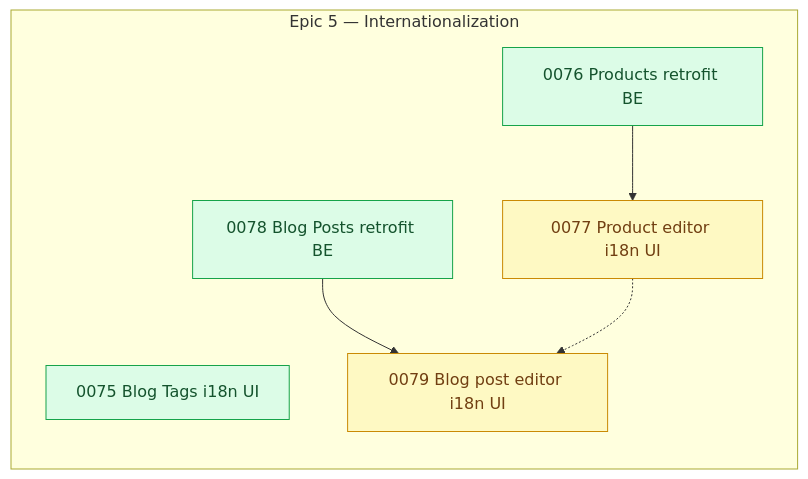
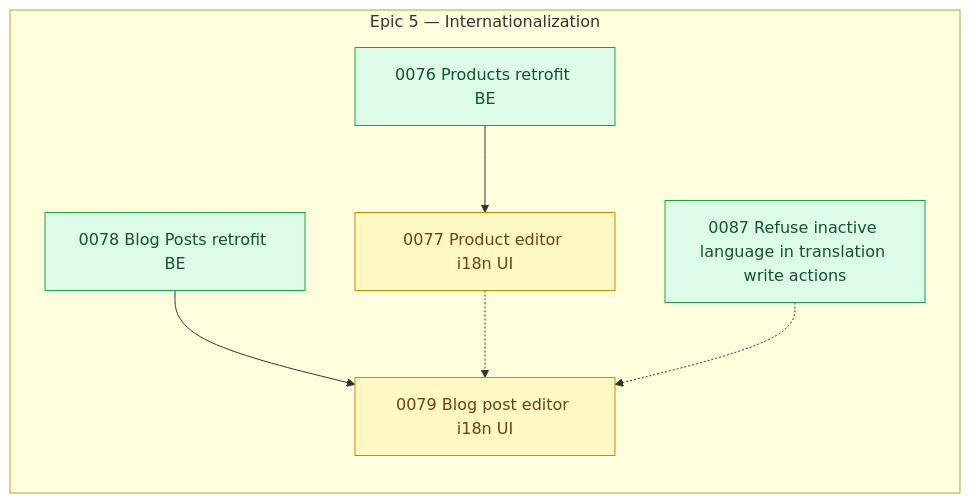
Before and after one commit to shojen/AI4Devs-finalproject: the diagram in arospe/ai-spec/tasks-map.md, drawn with Mermaid. The commit also changed other lines of this file and 5 other files, not shown here.

````diff
--- a/arospe/ai-spec/tasks-map.md
+++ b/arospe/ai-spec/tasks-map.md
@@ -534,7 +540,7 @@
 
     subgraph PEND_I18N["Epic 5 — Internationalization"]
         direction TB
-        P0075["0075 Blog Tags i18n UI"]
+        P0087["0087 Refuse inactive language in translation write actions"]
         P0076["0076 Products retrofit BE"]
         P0077["0077 Product editor i18n UI"]
         P0078["0078 Blog Posts retrofit BE"]
@@ -612,7 +618,8 @@
     %% (P0083 -.-> P0085 and P0083 --> P0086 dropped: 0083 is done; 0086 is now ready.)
 
     class P0077,P0079 pending;
-    class P0075,P0076,P0078 ready;
-    %% (P0073 closed to done/ 2026-10-08; no node remains `claimed`.)
+    class P0076,P0078,P0087 ready;
+    P0087 -.-> P0079
+    %% (P0075 closed to done/ 2026-10-27; P0073 closed to done/ 2026-10-08; no node remains `claimed`.)
     %% (P0071 --> P0073/P0075/P0079 dropped: 0071 closed to done/ 2026-10-07.)
 ```
````
